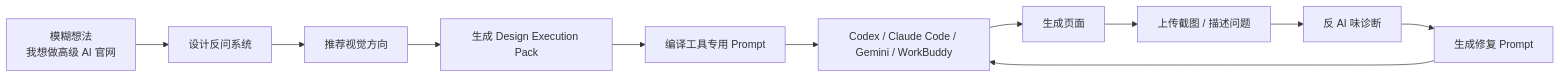
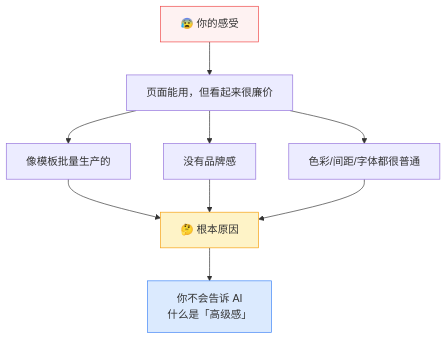
Before and after one commit to liuanye9-lab/vibe-design-translator: the second of 17 diagrams in README.md, drawn with Mermaid. The commit also changed other lines of this file, not shown here.

````diff
--- a/README.md
+++ b/README.md
@@ -142,13 +40,16 @@
 ```mermaid
-flowchart LR
-    A[模糊想法<br/>我想做高级 AI 官网] --> B[设计反问系统]
-    B --> C[推荐视觉方向]
-    C --> D[生成 Design Execution Pack]
-    D --> E[编译工具专用 Prompt]
-    E --> F[Codex / Claude Code / Gemini / WorkBuddy]
-    F --> G[生成页面]
-    G --> H[上传截图 / 描述问题]
-    H --> I[反 AI 味诊断]
-    I --> J[生成修复 Prompt]
-    J --> F
+graph TD
+    A["😰 你的感受"] --> B["页面能用，但看起来很廉价"]
+    B --> C["像模板批量生产的"]
+    B --> D["没有品牌感"]
+    B --> E["色彩/间距/字体都很普通"]
+    
+    C --> F["🤔 根本原因"]
+    D --> F
+    E --> F
+    F --> G["你不会告诉 AI<br/>什么是「高级感」"]
+    
+    style A fill:#fef2f2,stroke:#ef4444
+    style F fill:#fef3c7,stroke:#f59e0b
+    style G fill:#dbeafe,stroke:#3b82f6
 ```
````
